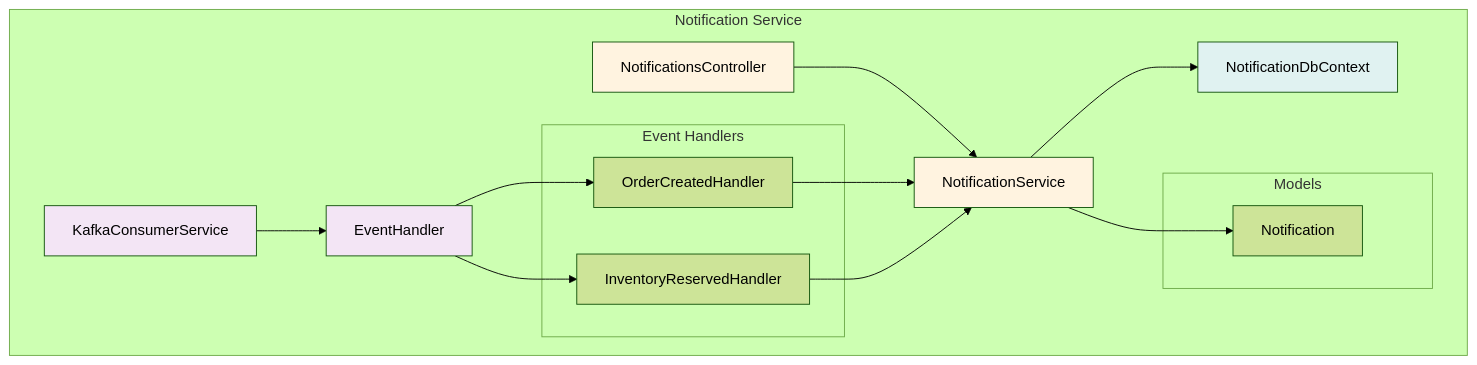
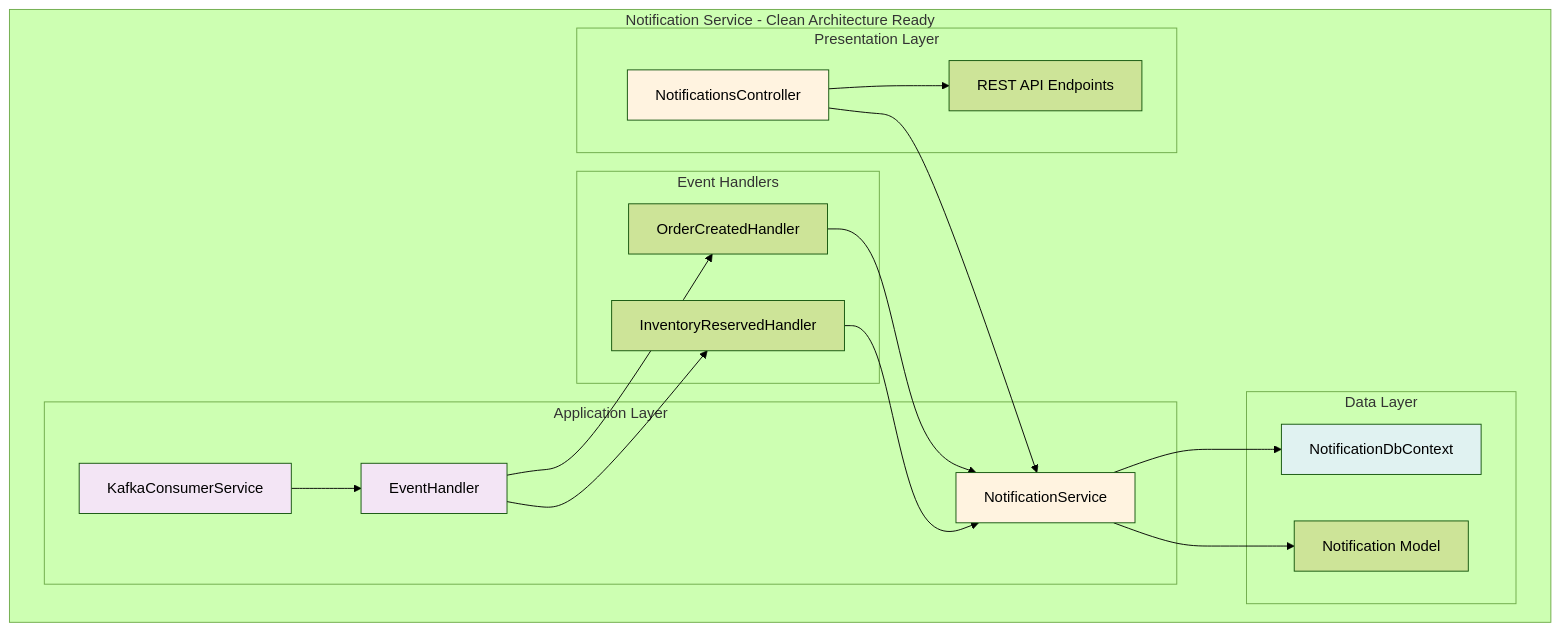
The third of 6 diagrams in memory-bank/system-schemes/c2.md (HoangMy-Rudeus/Kafka-Integration), drawn with Mermaid (forest theme) before and after one commit. The commit also changed other lines of this file and 4 other files, not shown here.

````diff
--- a/memory-bank/system-schemes/c2.md
+++ b/memory-bank/system-schemes/c2.md
@@ -104,34 +190,41 @@
 ```mermaid
 graph TB
-    subgraph "Notification Service"
-        NC[NotificationsController]
-        NS[NotificationService]
-        KC[KafkaConsumerService]
-        EH[EventHandler]
-        NDC[NotificationDbContext]
+    subgraph "Notification Service - Clean Architecture Ready"
+        subgraph "Presentation Layer"
+            NC[NotificationsController]
+            API_NOT[REST API Endpoints]
+        end
         
-        subgraph "Models"
-            NOTIFICATION[Notification]
+        subgraph "Application Layer"
+            NS[NotificationService]
+            KC[KafkaConsumerService]
+            EH[EventHandler]
+        end
+        
+        subgraph "Data Layer"
+            NDC[NotificationDbContext]
+            NOTIFICATION[Notification Model]
         end
         
         subgraph "Event Handlers"
             ORDER_HANDLER[OrderCreatedHandler]
             INVENTORY_HANDLER[InventoryReservedHandler]
         end
     end
     
     NC --> NS
+    NC --> API_NOT
     NS --> NDC
     KC --> EH
     EH --> ORDER_HANDLER
     EH --> INVENTORY_HANDLER
     ORDER_HANDLER --> NS
     INVENTORY_HANDLER --> NS
     NS --> NOTIFICATION
     
     style NC fill:#fff3e0
     style NS fill:#fff3e0
     style KC fill:#f3e5f5
     style EH fill:#f3e5f5
     style NDC fill:#e0f2f1
 ```
````
